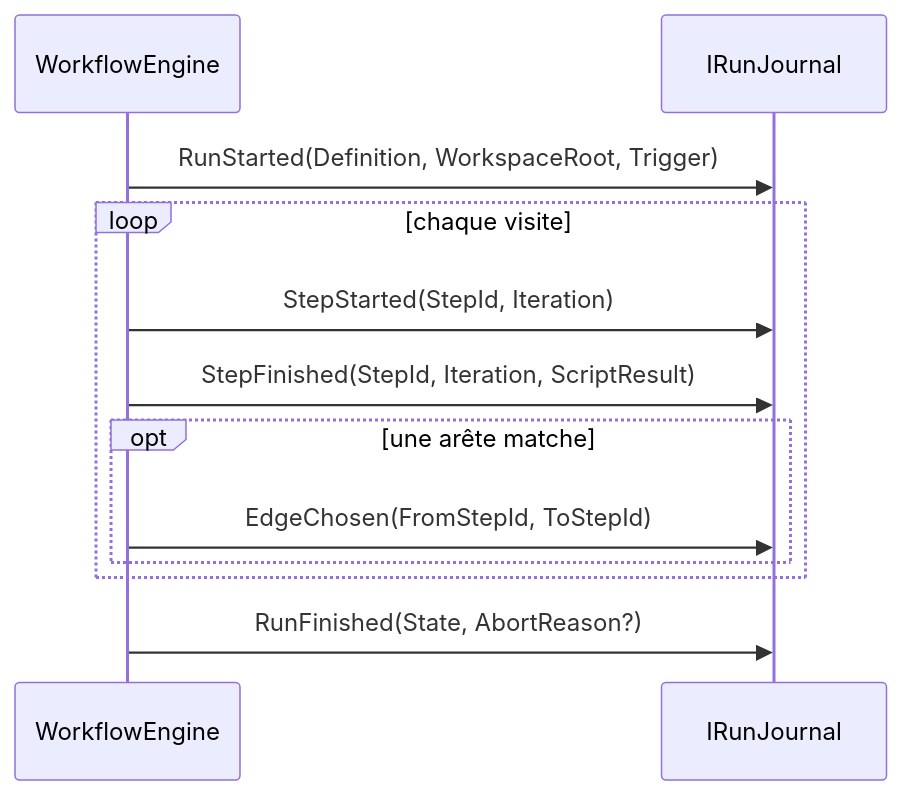
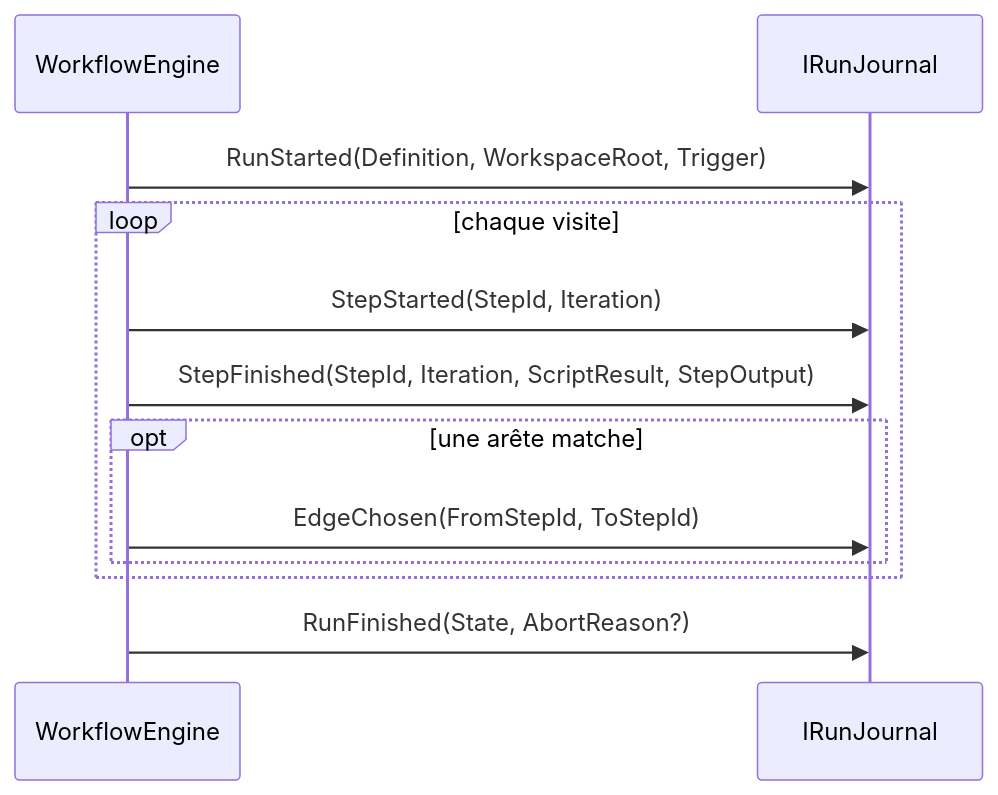
Before and after one commit to Apemb/Cursus: the fourth of 4 diagrams in docs/design/architecture.md, drawn with Mermaid. The commit also changed other lines of this file, not shown here.

````diff
--- a/docs/design/architecture.md
+++ b/docs/design/architecture.md
@@ -396,14 +396,14 @@
 ```mermaid
 sequenceDiagram
     participant E as WorkflowEngine
     participant J as IRunJournal
     E->>J: RunStarted(Definition, WorkspaceRoot, Trigger)
     loop chaque visite
         E->>J: StepStarted(StepId, Iteration)
-        E->>J: StepFinished(StepId, Iteration, ScriptResult)
+        E->>J: StepFinished(StepId, Iteration, ScriptResult, StepOutput)
         opt une arête matche
             E->>J: EdgeChosen(FromStepId, ToStepId)
         end
     end
     E->>J: RunFinished(State, AbortReason?)
 ```
````
